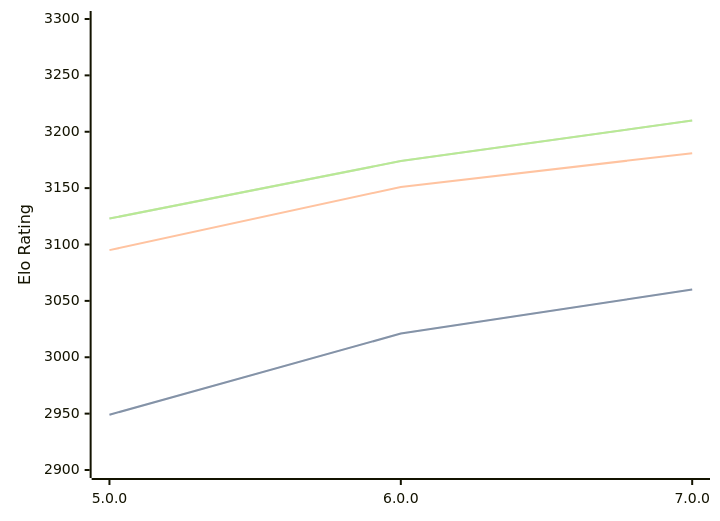
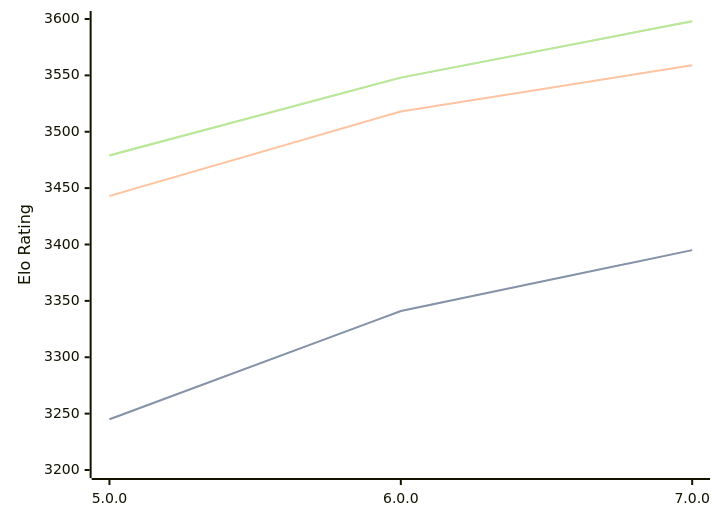
Before and after one commit to computer-chess-index/cci: the diagram in engines/Stormphrax.md, drawn with Mermaid. The commit also changed other lines of this file, not shown here.

Commit message:
Update CCI Ratings (ELO VLTC) - 2026-02-24

````diff
--- a/engines/Stormphrax.md
+++ b/engines/Stormphrax.md
@@ -35,11 +36,11 @@
 ```mermaid
 %%{init: {"theme":"base","themeVariables":{"seriesColors:['#a3a3a3','#222221','#faa371']}}}%%
 xychart-beta
   x-axis ["5.0.0", "6.0.0", "7.0.0"]
-  y-axis "Elo Rating" 2900 --> 3300
-  line "STC (8.0+0.08s)" [2949, 3021, 3060]
-  line "STC (8.0+0.08s)" [2949, 3021, 3060]
-  line "LTC (60.0+0.60s)" [3095, 3151, 3181]
-  line "VLTC (2m24s+1.12s)" [3123, 3174, 3210]
-  line "VLTC (2m24s+1.12s)" [3123, 3174, 3210]
+  y-axis "Elo Rating" 3200 --> 3600
+  line "STC (8.0+0.08s)" [3245, 3341, 3395]
+  line "STC (8.0+0.08s)" [3245, 3341, 3395]
+  line "LTC (60.0+0.60s)" [3443, 3518, 3559]
+  line "VLTC (2m24s+1.12s)" [3479, 3548, 3598]
+  line "VLTC (2m24s+1.12s)" [3479, 3548, 3598]
 ```
````
